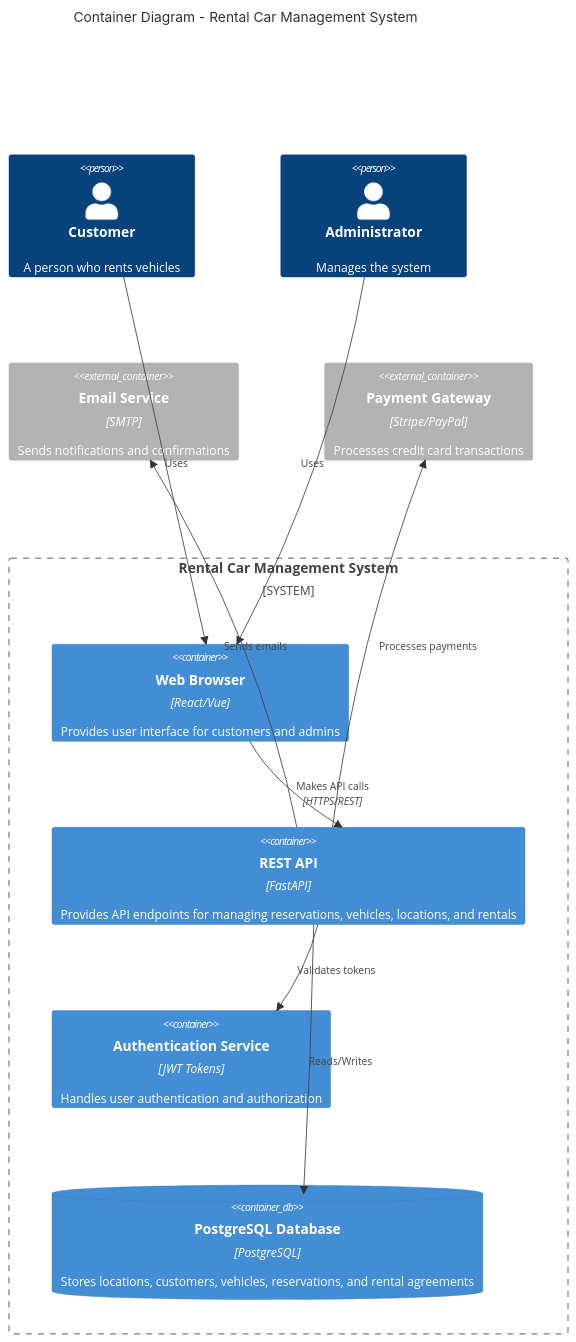
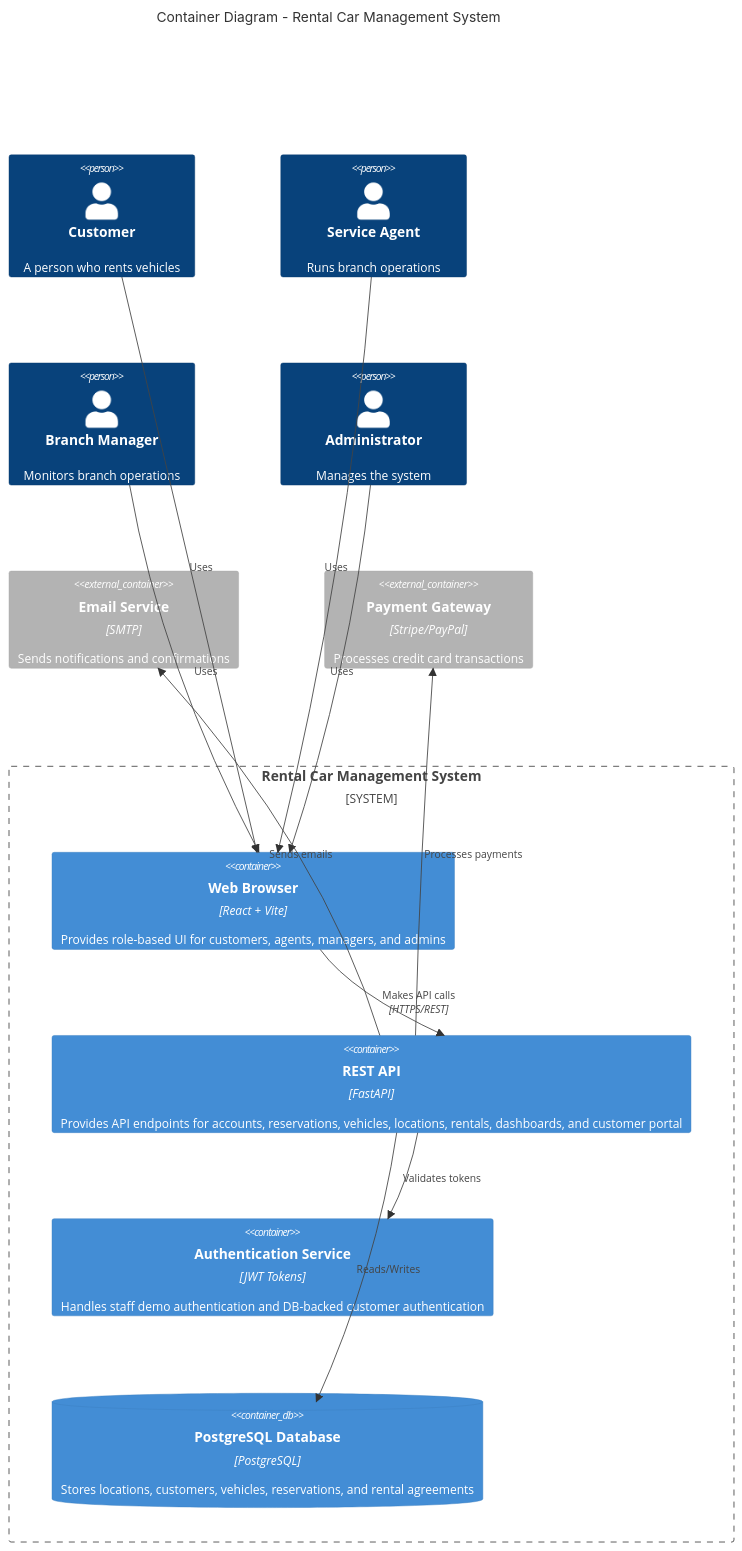
Before and after one commit to ga424/cs631_termproject: the second of 4 diagrams in docs/C4_ARCHITECTURE.md, drawn with Mermaid. The commit also changed other lines of this file and 7 other files, not shown here.

Commit message:
feat: update documentation for rental car management system; enhance user journeys, ERD, and architecture details; add lifecycle event tracking and customer account management

````diff
--- a/docs/C4_ARCHITECTURE.md
+++ b/docs/C4_ARCHITECTURE.md
@@ -32,25 +36,29 @@
 ```mermaid
 C4Container
     title Container Diagram - Rental Car Management System
     
     Person(customer, "Customer", "A person who rents vehicles")
+    Person(agent, "Service Agent", "Runs branch operations")
+    Person(manager, "Branch Manager", "Monitors branch operations")
     Person(admin, "Administrator", "Manages the system")
     
     System_Boundary(c1, "Rental Car Management System") {
-        Container(spa, "Web Browser", "React/Vue", "Provides user interface for customers and admins")
-        Container(api, "REST API", "FastAPI", "Provides API endpoints for managing reservations, vehicles, locations, and rentals")
-        Container(auth, "Authentication Service", "JWT Tokens", "Handles user authentication and authorization")
+        Container(spa, "Web Browser", "React + Vite", "Provides role-based UI for customers, agents, managers, and admins")
+        Container(api, "REST API", "FastAPI", "Provides API endpoints for accounts, reservations, vehicles, locations, rentals, dashboards, and customer portal")
+        Container(auth, "Authentication Service", "JWT Tokens", "Handles staff demo authentication and DB-backed customer authentication")
         ContainerDb(db, "PostgreSQL Database", "PostgreSQL", "Stores locations, customers, vehicles, reservations, and rental agreements")
     }
     
     Container_Ext(emailSvc, "Email Service", "SMTP", "Sends notifications and confirmations")
     Container_Ext(paymentSvc, "Payment Gateway", "Stripe/PayPal", "Processes credit card transactions")
     
     Rel(customer, spa, "Uses")
+    Rel(agent, spa, "Uses")
+    Rel(manager, spa, "Uses")
     Rel(admin, spa, "Uses")
     Rel(spa, api, "Makes API calls", "HTTPS/REST")
     Rel(api, auth, "Validates tokens")
     Rel(api, db, "Reads/Writes")
     Rel(api, emailSvc, "Sends emails")
     Rel(api, paymentSvc, "Processes payments")
 ```
````
